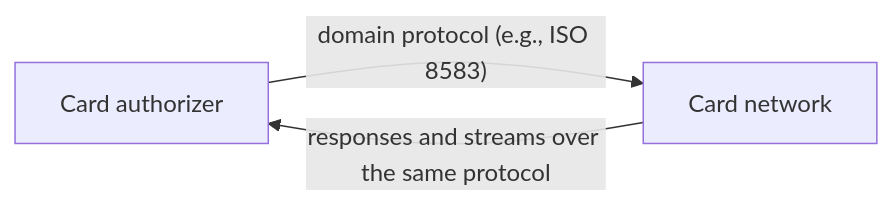
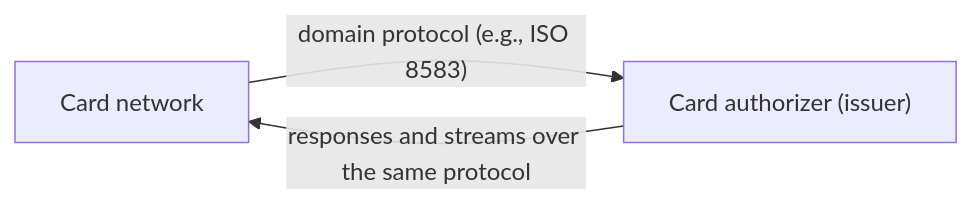
One commit to alancesar/design-patterns changed the diagram in i18n/en/docusaurus-plugin-content-docs/current/architecture/microservices/communication-styles/domain-specific-protocol.md. Above: the diagram before and after it, drawn with Mermaid. The commit also changed 28 other files, not shown here.

Commit message:
Fix diagram review findings in microservices, eip, cloud and agent patterns

````diff
--- a/i18n/en/docusaurus-plugin-content-docs/current/architecture/microservices/communication-styles/domain-specific-protocol.md
+++ b/i18n/en/docusaurus-plugin-content-docs/current/architecture/microservices/communication-styles/domain-specific-protocol.md
@@ -48,5 +48,5 @@
 ```mermaid
 flowchart LR
-    C["Card authorizer"] -->|"domain protocol (e.g., ISO 8583)"| S["Card network"]
+    C["Card network"] -->|"domain protocol (e.g., ISO 8583)"| S["Card authorizer (issuer)"]
     S -->|"responses and streams over the same protocol"| C
 ```
````
